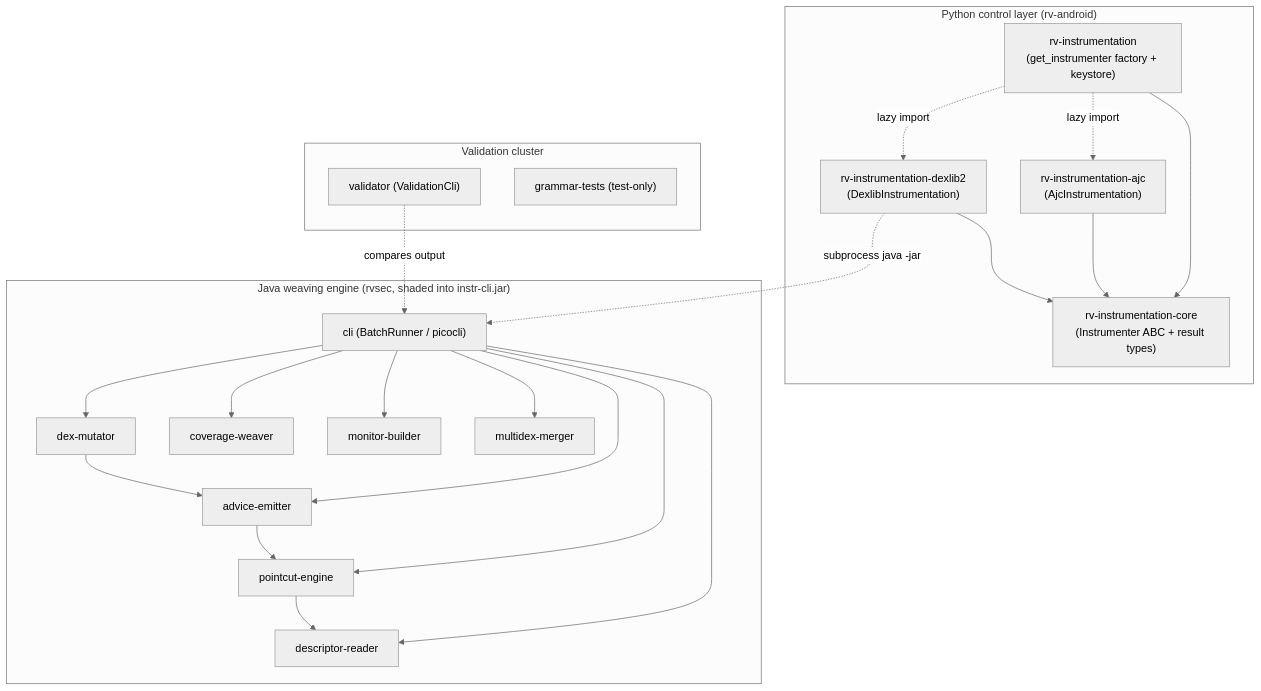
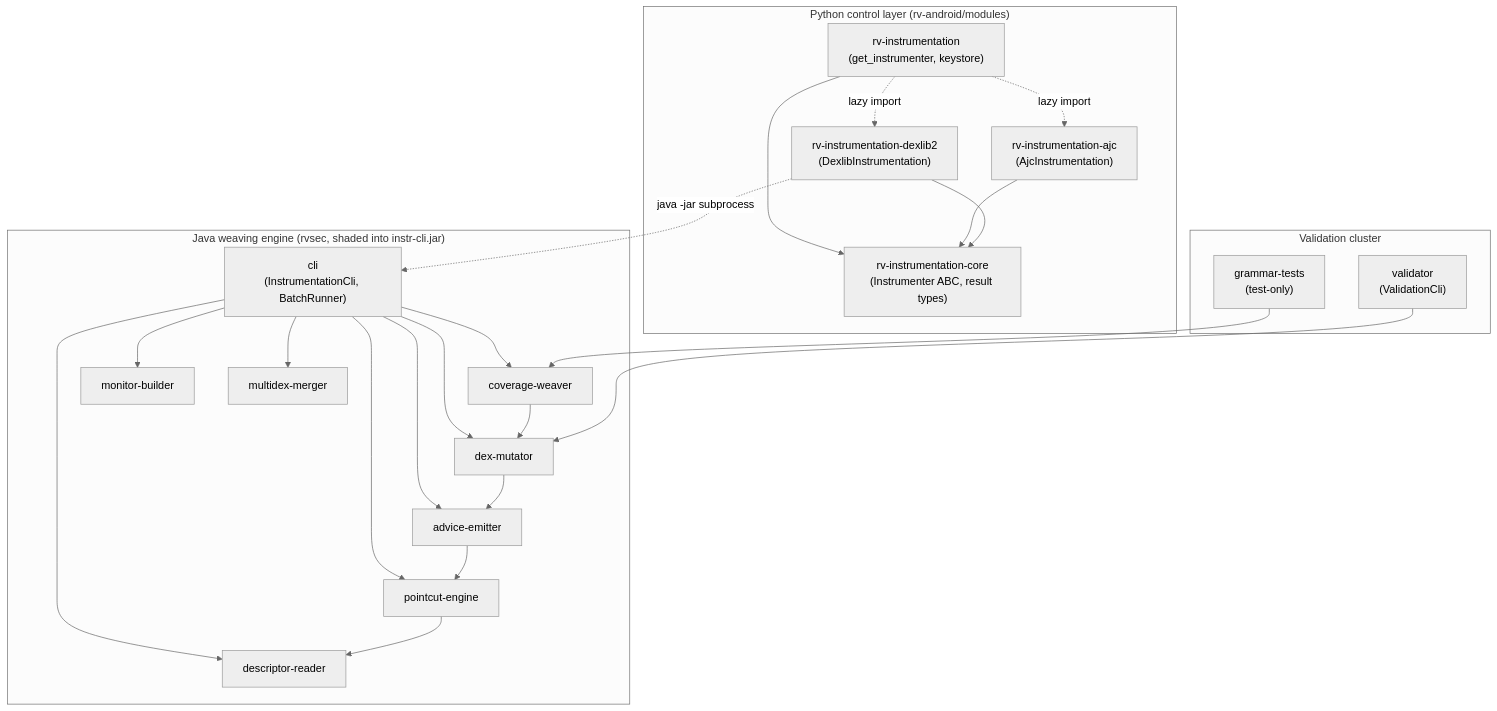
One commit to PAMunb/rvsec changed the second of 4 diagrams in rv-android/docs/architecture/instrumentation.md. Above: the diagram before and after it, drawn with Mermaid. The commit also changed other lines of this file and 7 other files, not shown here.

````diff
--- a/rv-android/docs/architecture/instrumentation.md
+++ b/rv-android/docs/architecture/instrumentation.md
@@ -224,41 +277,43 @@
 ```mermaid
 %%{init: {'theme': 'neutral'}}%%
 flowchart TB
-  subgraph py["Python control layer (rv-android)"]
-    core["rv-instrumentation-core<br/>(Instrumenter ABC + result types)"]
+  subgraph py["Python control layer (rv-android/modules)"]
+    core["rv-instrumentation-core<br/>(Instrumenter ABC, result types)"]
     ajc["rv-instrumentation-ajc<br/>(AjcInstrumentation)"]
     dex["rv-instrumentation-dexlib2<br/>(DexlibInstrumentation)"]
-    parent["rv-instrumentation<br/>(get_instrumenter factory + keystore)"]
+    parent["rv-instrumentation<br/>(get_instrumenter, keystore)"]
     parent --> core
-    parent -.lazy import.-> ajc
-    parent -.lazy import.-> dex
+    parent -.->|lazy import| ajc
+    parent -.->|lazy import| dex
     ajc --> core
     dex --> core
   end
   subgraph java["Java weaving engine (rvsec, shaded into instr-cli.jar)"]
-    cli["cli (BatchRunner / picocli)"]
+    cli["cli<br/>(InstrumentationCli, BatchRunner)"]
     dr["descriptor-reader"]
     pe["pointcut-engine"]
     ae["advice-emitter"]
     dm["dex-mutator"]
     cw["coverage-weaver"]
     mb["monitor-builder"]
     mm["multidex-merger"]
     cli --> dr
     cli --> pe
     cli --> ae
     cli --> dm
     cli --> cw
     cli --> mb
     cli --> mm
     pe --> dr
     ae --> pe
     dm --> ae
+    cw --> dm
   end
   subgraph ver["Validation cluster"]
-    validator["validator (ValidationCli)"]
-    grammar["grammar-tests (test-only)"]
+    validator["validator<br/>(ValidationCli)"]
+    grammar["grammar-tests<br/>(test-only)"]
   end
-  dex -.subprocess java -jar.-> cli
-  validator -.compares output.-> cli
+  dex -.->|java -jar subprocess| cli
+  validator --> dm
+  grammar --> cw
 ```
````
